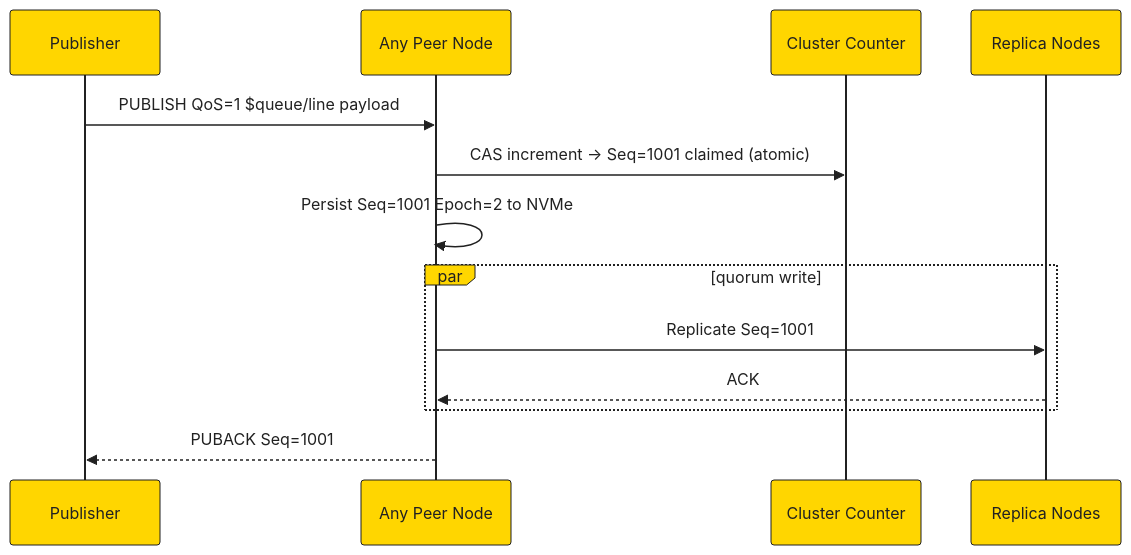
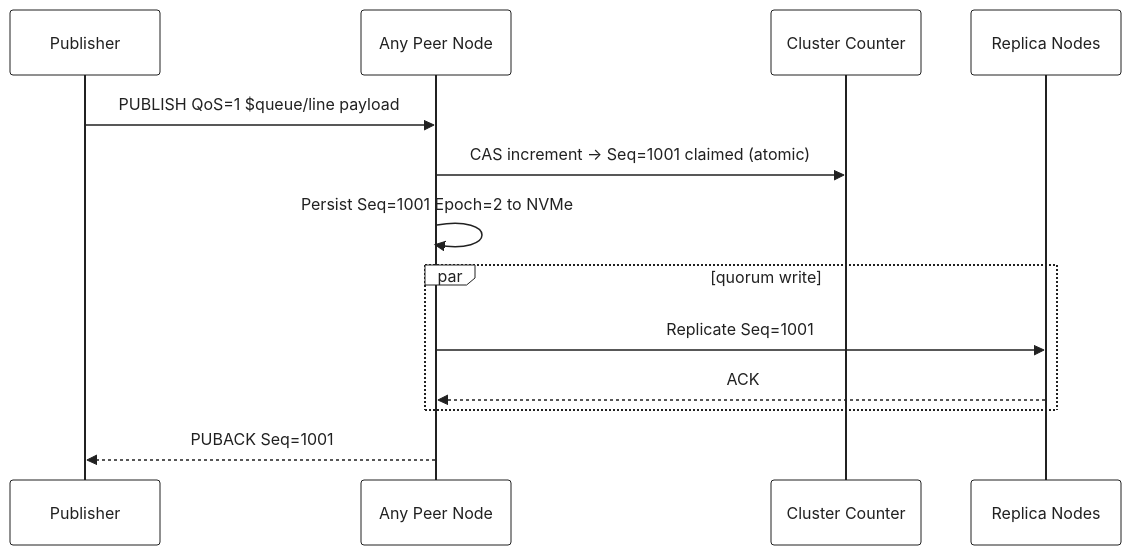
The second of 8 diagrams in docs/diagrams/packet-flows.md (bsommers/mqtt-6.0-proposal), drawn with Mermaid before and after one commit. The commit also changed other lines of this file and 2 other files, not shown here.

First line of the commit message:
Clean up diagram colors and fix \n rendering in Mermaid

````diff
--- a/docs/diagrams/packet-flows.md
+++ b/docs/diagrams/packet-flows.md
@@ -30,17 +30,17 @@
 ```mermaid
-%%{init:{'theme':'base','themeVariables':{'primaryColor':'#FFD600','primaryTextColor':'#212121','primaryBorderColor':'#212121','lineColor':'#212121','actorBkg':'#FFD600','actorBorder':'#212121','actorTextColor':'#212121','noteBkgColor':'#FFF9C4','noteTextColor':'#212121','activationBkgColor':'#FFF9C4','signalColor':'#212121','signalTextColor':'#212121'}}}%%
+%%{init:{'theme':'base','themeVariables':{'primaryColor':'#FFFFFF','primaryTextColor':'#212121','primaryBorderColor':'#212121','lineColor':'#212121','actorBkg':'#FFFFFF','actorBorder':'#212121','actorTextColor':'#212121','noteBkgColor':'#FFD600','noteTextColor':'#212121','activationBkgColor':'#F5F5F5','signalColor':'#212121','signalTextColor':'#212121'}}}%%
 sequenceDiagram
     participant P as Publisher
     participant N as Any Peer Node
     participant C as Cluster Counter
     participant R as Replica Nodes
 
     P->>N: PUBLISH QoS=1 $queue/line payload
     N->>C: CAS increment → Seq=1001 claimed (atomic)
     N->>N: Persist Seq=1001 Epoch=2 to NVMe
     par quorum write
         N->>R: Replicate Seq=1001
         R-->>N: ACK
     end
     N-->>P: PUBACK Seq=1001
 ```
````
